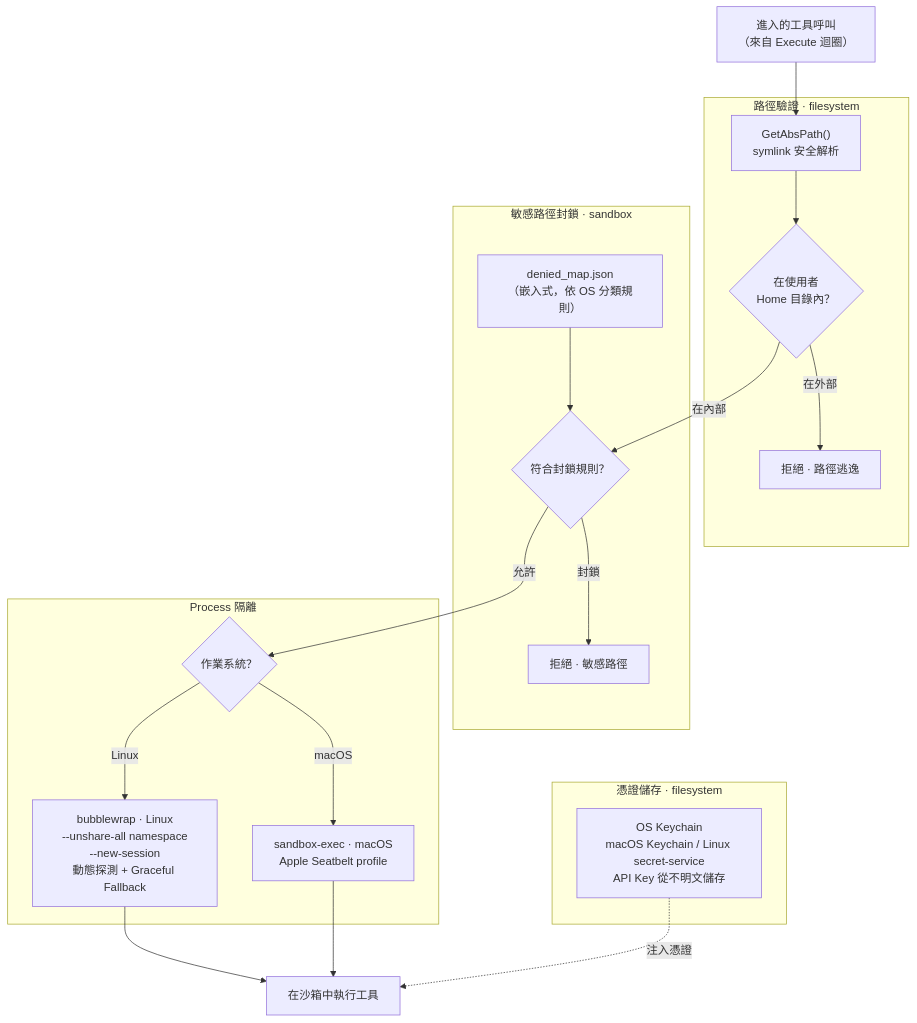
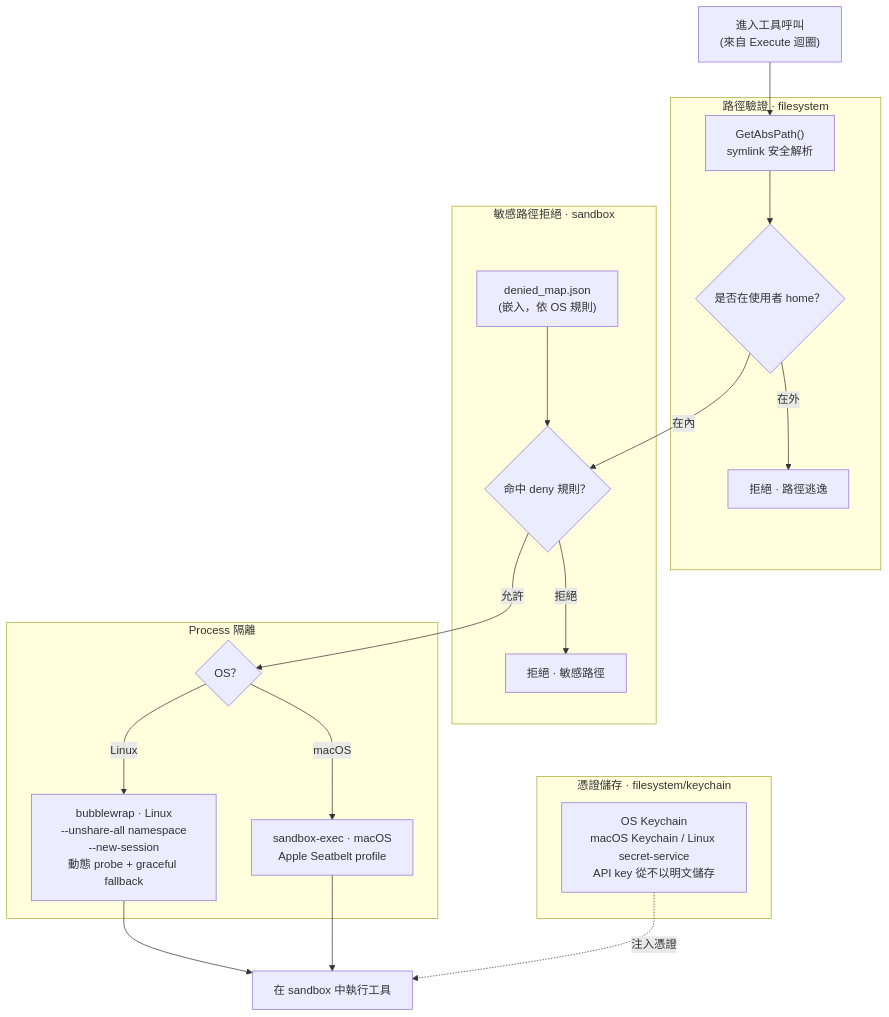
The fourth of 7 diagrams in doc/architecture.zh.md (pardnchiu/Agenvoy), drawn with Mermaid before and after one commit. The commit also changed other lines of this file and 5 other files, not shown here.

````diff
--- a/doc/architecture.zh.md
+++ b/doc/architecture.zh.md
@@ -152,41 +146,41 @@
 ```mermaid
 flowchart TD
-    ToolCall["進入的工具呼叫\n（來自 Execute 迴圈）"]
+    ToolCall["進入工具呼叫\n(來自 Execute 迴圈)"]
 
     subgraph PathValidation ["路徑驗證 · filesystem"]
         AbsPath["GetAbsPath()\nsymlink 安全解析"]
-        HomeCheck{"在使用者\nHome 目錄內？"}
+        HomeCheck{"是否在使用者 home？"}
         Reject1["拒絕 · 路徑逃逸"]
     end
 
-    subgraph DeniedPaths ["敏感路徑封鎖 · sandbox"]
-        DenyMap["denied_map.json\n（嵌入式，依 OS 分類規則）"]
-        DenyCheck{"符合封鎖規則？"}
+    subgraph DeniedPaths ["敏感路徑拒絕 · sandbox"]
+        DenyMap["denied_map.json\n(嵌入，依 OS 規則)"]
+        DenyCheck{"命中 deny 規則？"}
         Reject2["拒絕 · 敏感路徑"]
     end
 
     subgraph SandboxExec ["Process 隔離"]
-        OSCheck{"作業系統？"}
-        Bwrap["bubblewrap · Linux\n--unshare-all namespace\n--new-session\n動態探測 + Graceful Fallback"]
+        OSCheck{"OS？"}
+        Bwrap["bubblewrap · Linux\n--unshare-all namespace\n--new-session\n動態 probe + graceful fallback"]
         SandboxExecMac["sandbox-exec · macOS\nApple Seatbelt profile"]
     end
 
-    subgraph Keychain ["憑證儲存 · filesystem"]
-        KC["OS Keychain\nmacOS Keychain / Linux secret-service\nAPI Key 從不明文儲存"]
+    subgraph Keychain ["憑證儲存 · filesystem/keychain"]
+        KC["OS Keychain\nmacOS Keychain / Linux secret-service\nAPI key 從不以明文儲存"]
     end
 
-    Allow["在沙箱中執行工具"]
+    Allow["在 sandbox 中執行工具"]
 
     ToolCall --> AbsPath
     AbsPath --> HomeCheck
-    HomeCheck -->|"在外部"| Reject1
-    HomeCheck -->|"在內部"| DenyCheck
+    HomeCheck -->|"在外"| Reject1
+    HomeCheck -->|"在內"| DenyCheck
     DenyMap --> DenyCheck
-    DenyCheck -->|"封鎖"| Reject2
+    DenyCheck -->|"拒絕"| Reject2
     DenyCheck -->|"允許"| OSCheck
     OSCheck -->|"Linux"| Bwrap
     OSCheck -->|"macOS"| SandboxExecMac
     Bwrap --> Allow
     SandboxExecMac --> Allow
     KC -.->|"注入憑證"| Allow
 ```
````
